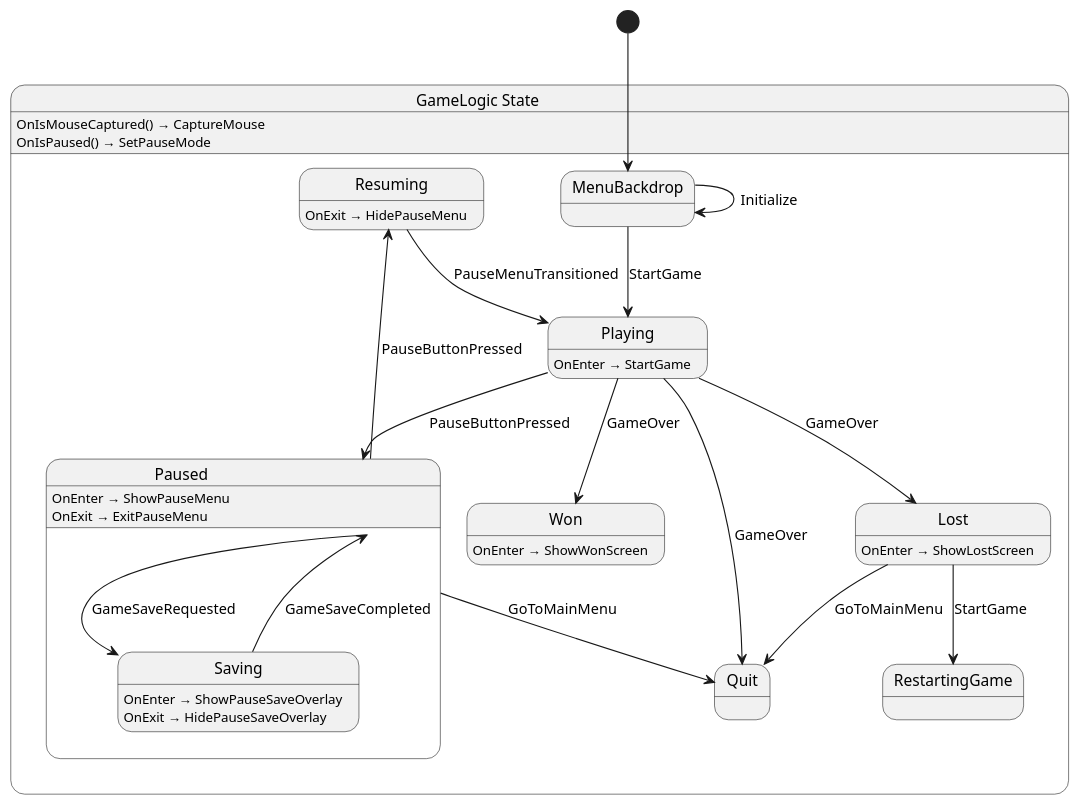
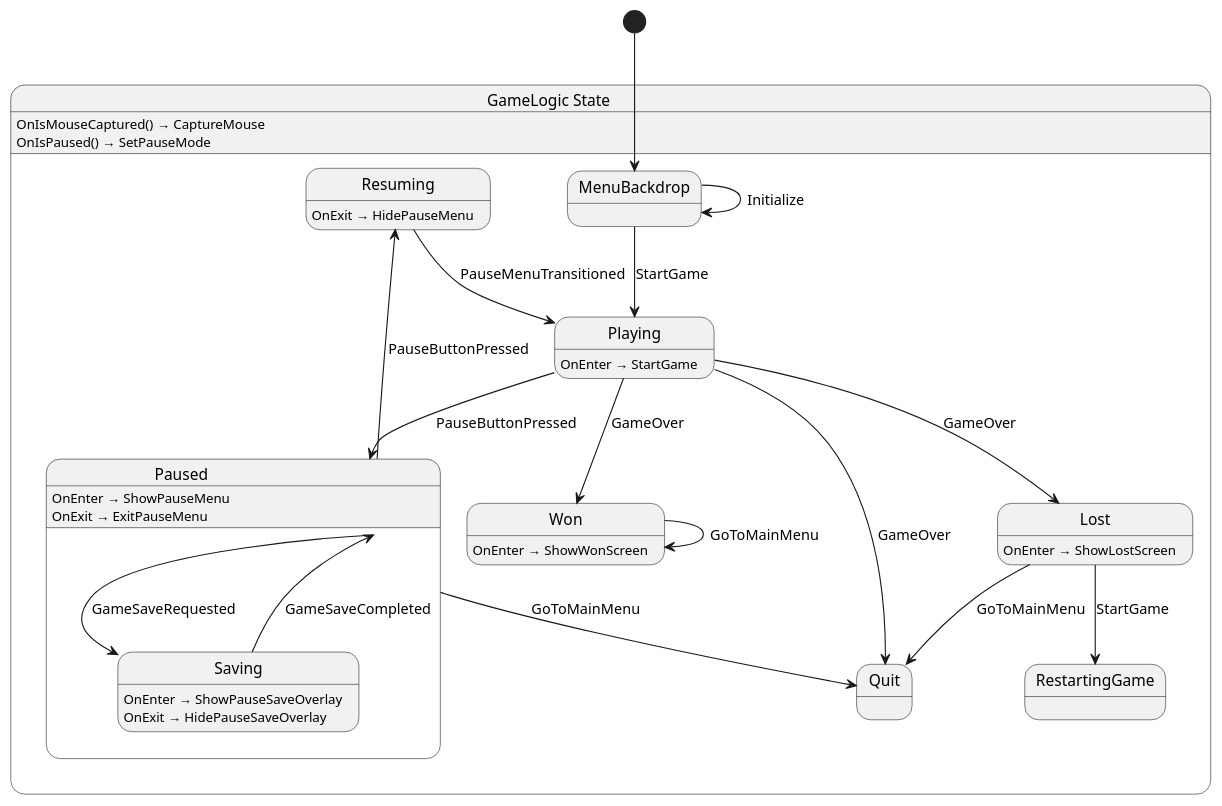
Before and after one commit to chickensoft-games/GameDemo: the diagram in src/game/state/GameLogic.g.puml, drawn with PlantUML. The commit also changed 8 other files, not shown here.

```diff
--- a/src/game/state/GameLogic.g.puml
+++ b/src/game/state/GameLogic.g.puml
@@ -1,45 +1,46 @@
 @startuml GameLogic
 state "GameLogic State" as GameDemo_GameLogic_State {
   state "Lost" as GameDemo_GameLogic_State_Lost {
     GameDemo_GameLogic_State_Lost : OnEnter → ShowLostScreen
   }
   state "MenuBackdrop" as GameDemo_GameLogic_State_MenuBackdrop
   state "Paused" as GameDemo_GameLogic_State_Paused {
     state "Saving" as GameDemo_GameLogic_State_Saving {
       GameDemo_GameLogic_State_Saving : OnEnter → ShowPauseSaveOverlay
       GameDemo_GameLogic_State_Saving : OnExit → HidePauseSaveOverlay
     }
     GameDemo_GameLogic_State_Paused : OnEnter → ShowPauseMenu
     GameDemo_GameLogic_State_Paused : OnExit → ExitPauseMenu
   }
   state "Playing" as GameDemo_GameLogic_State_Playing {
     GameDemo_GameLogic_State_Playing : OnEnter → StartGame
   }
   state "Quit" as GameDemo_GameLogic_State_Quit
   state "RestartingGame" as GameDemo_GameLogic_State_RestartingGame
   state "Resuming" as GameDemo_GameLogic_State_Resuming {
     GameDemo_GameLogic_State_Resuming : OnExit → HidePauseMenu
   }
   state "Won" as GameDemo_GameLogic_State_Won {
     GameDemo_GameLogic_State_Won : OnEnter → ShowWonScreen
   }
   GameDemo_GameLogic_State : OnIsMouseCaptured() → CaptureMouse
   GameDemo_GameLogic_State : OnIsPaused() → SetPauseMode
 }
 
 GameDemo_GameLogic_State_Lost --> GameDemo_GameLogic_State_Quit : GoToMainMenu
 GameDemo_GameLogic_State_Lost --> GameDemo_GameLogic_State_RestartingGame : StartGame
 GameDemo_GameLogic_State_MenuBackdrop --> GameDemo_GameLogic_State_MenuBackdrop : Initialize
 GameDemo_GameLogic_State_MenuBackdrop --> GameDemo_GameLogic_State_Playing : StartGame
 GameDemo_GameLogic_State_Paused --> GameDemo_GameLogic_State_Quit : GoToMainMenu
 GameDemo_GameLogic_State_Paused --> GameDemo_GameLogic_State_Resuming : PauseButtonPressed
 GameDemo_GameLogic_State_Paused --> GameDemo_GameLogic_State_Saving : GameSaveRequested
 GameDemo_GameLogic_State_Playing --> GameDemo_GameLogic_State_Lost : GameOver
 GameDemo_GameLogic_State_Playing --> GameDemo_GameLogic_State_Paused : PauseButtonPressed
 GameDemo_GameLogic_State_Playing --> GameDemo_GameLogic_State_Quit : GameOver
 GameDemo_GameLogic_State_Playing --> GameDemo_GameLogic_State_Won : GameOver
 GameDemo_GameLogic_State_Resuming --> GameDemo_GameLogic_State_Playing : PauseMenuTransitioned
 GameDemo_GameLogic_State_Saving --> GameDemo_GameLogic_State_Paused : GameSaveCompleted
+GameDemo_GameLogic_State_Won --> GameDemo_GameLogic_State_Won : GoToMainMenu
 
 [*] --> GameDemo_GameLogic_State_MenuBackdrop
 @enduml
```
